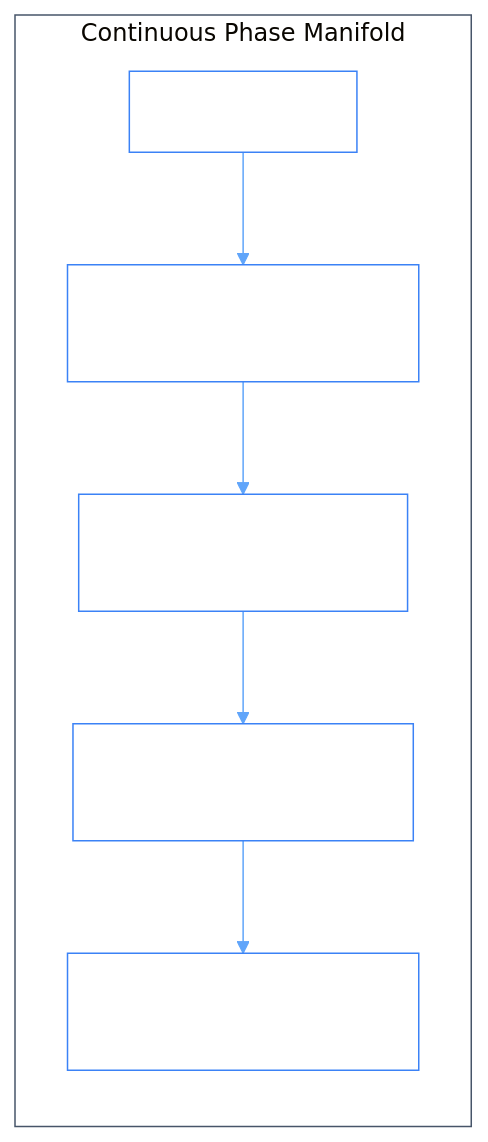
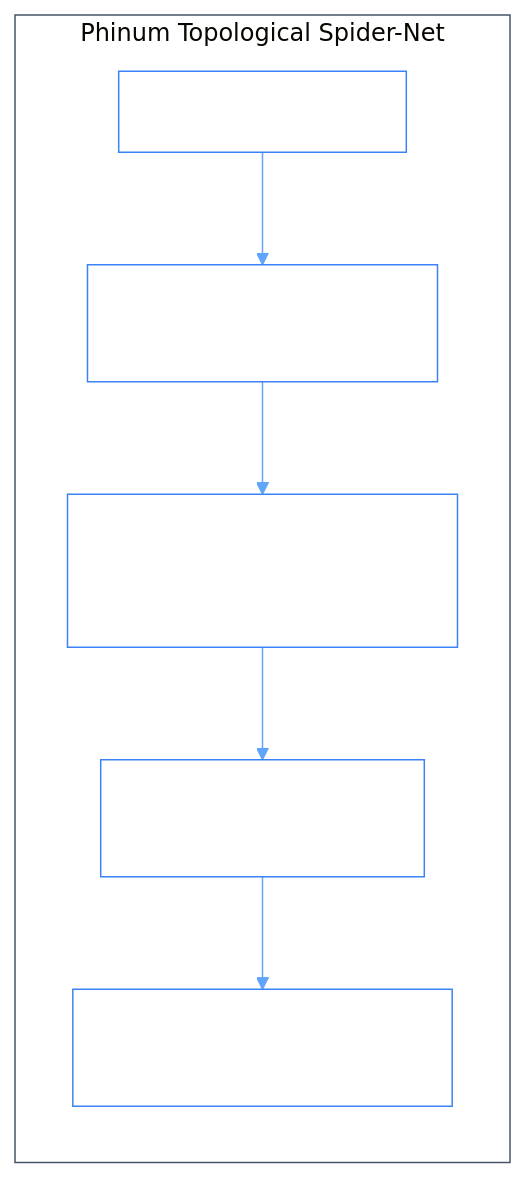
Before and after one commit to gemphi/phiano: the diagram in README.md, drawn with Mermaid. The commit also changed other lines of this file and 17 other files, not shown here.

Commit message:
refactor(phinum): modularize submodules below 150 lines and update README with 32-core architecture

````diff
--- a/README.md
+++ b/README.md
@@ -16,10 +17,10 @@
 ```mermaid
 %%{init: {'theme': 'base', 'themeVariables': {'background': 'transparent', 'mainBkg': 'transparent', 'nodeBorder': '#3b82f6', 'clusterBkg': 'transparent', 'clusterBorder': '#475569', 'lineColor': '#60a5fa', 'textColor': '#ffffff', 'primaryTextColor': '#ffffff', 'nodeTextColor': '#ffffff', 'edgeLabelBackground': '#0f172a'}}}%%
 graph LR
-    subgraph "Continuous Phase Manifold"
-        Token["Word Token"] --> Phasor["SpectralPhasor<br/>Z = A · exp(i(φ + nα))"]
-        Phasor --> Superposition["Wave Superposition<br/>(Sentence Chords)"]
-        Superposition --> Kuramoto["Kuramoto Coupling<br/>(Centroid Phase Pull)"]
-        Kuramoto --> Convergence["Harmonic Equilibrium<br/>(Semantic Clustering)"]
+    subgraph "Phinum Topological Spider-Net"
+        Token["Word / Sentence"] --> Key["SyntaxKey<br/>PRON+V+PREP+V+N"]
+        Key --> Hex["I Ching 64-Hexagram<br/>Phase Manifold (2^6 = 64)"]
+        Hex --> Spider["Keyed Spider-Net<br/>(Zero Raw Storage)"]
+        Spider --> Res["Harmonic Spin &<br/>Instance Reconstruction"]
     end
 ```
````
